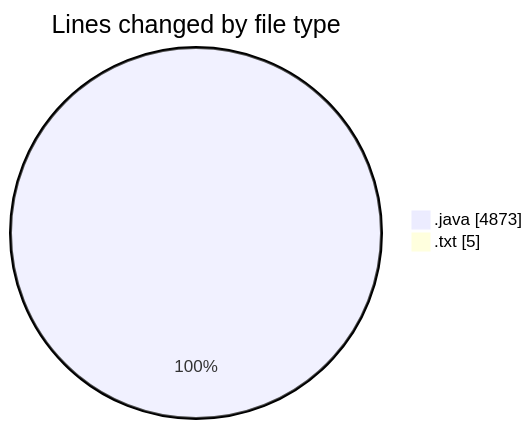
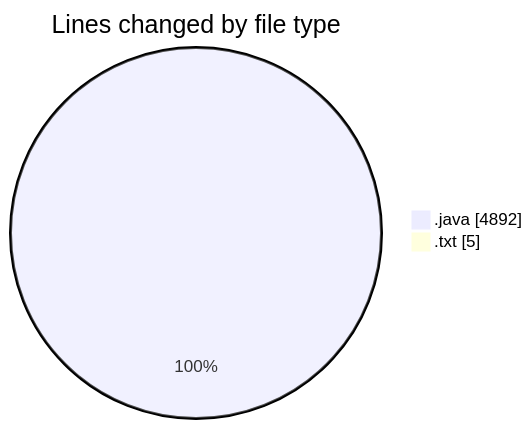
Before and after one commit to ricardozamudiocil/code-tracking: the first of 2 diagrams in 2026-03-19/cilapp/README.md, drawn with Mermaid. The commit also changed other lines of this file and 1 other file, not shown here.

````diff
--- a/2026-03-19/cilapp/README.md
+++ b/2026-03-19/cilapp/README.md
@@ -23,6 +23,6 @@
 ```mermaid
 pie showData
 title Lines changed by file type
-".java" : 4873
+".java" : 4892
 ".txt" : 5
 ```
````
